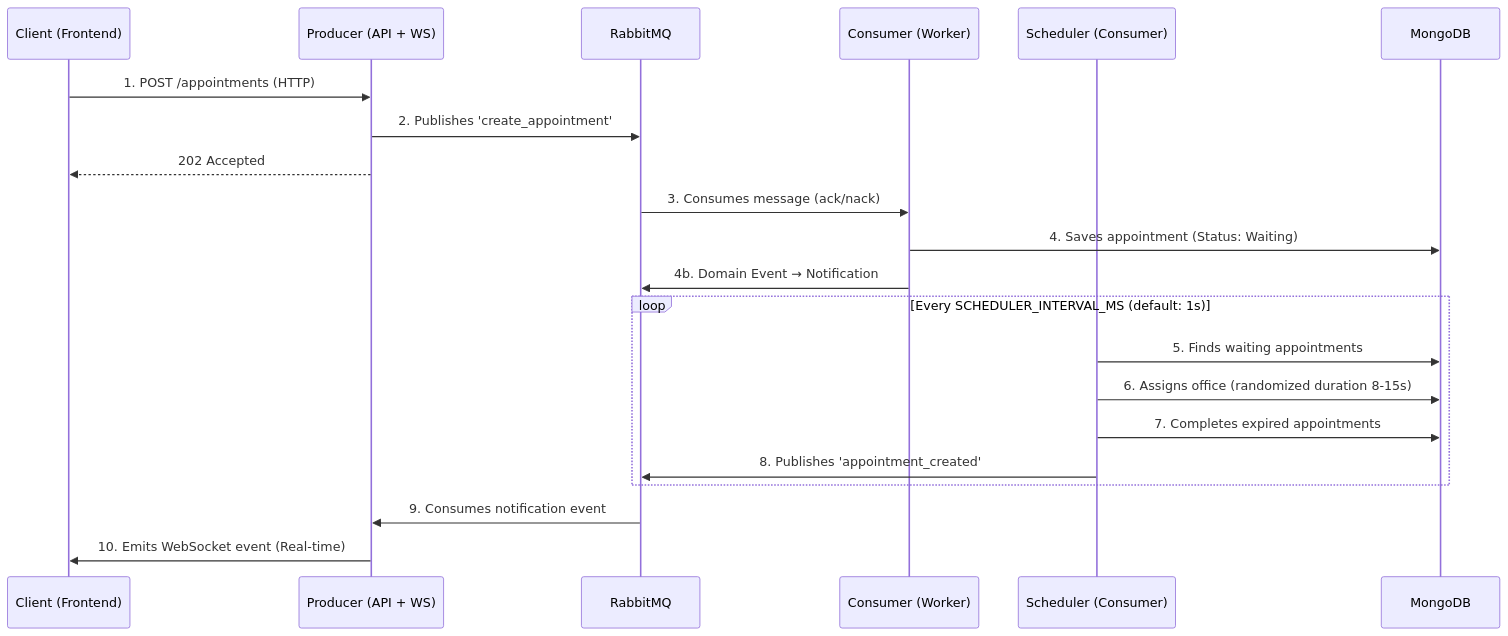
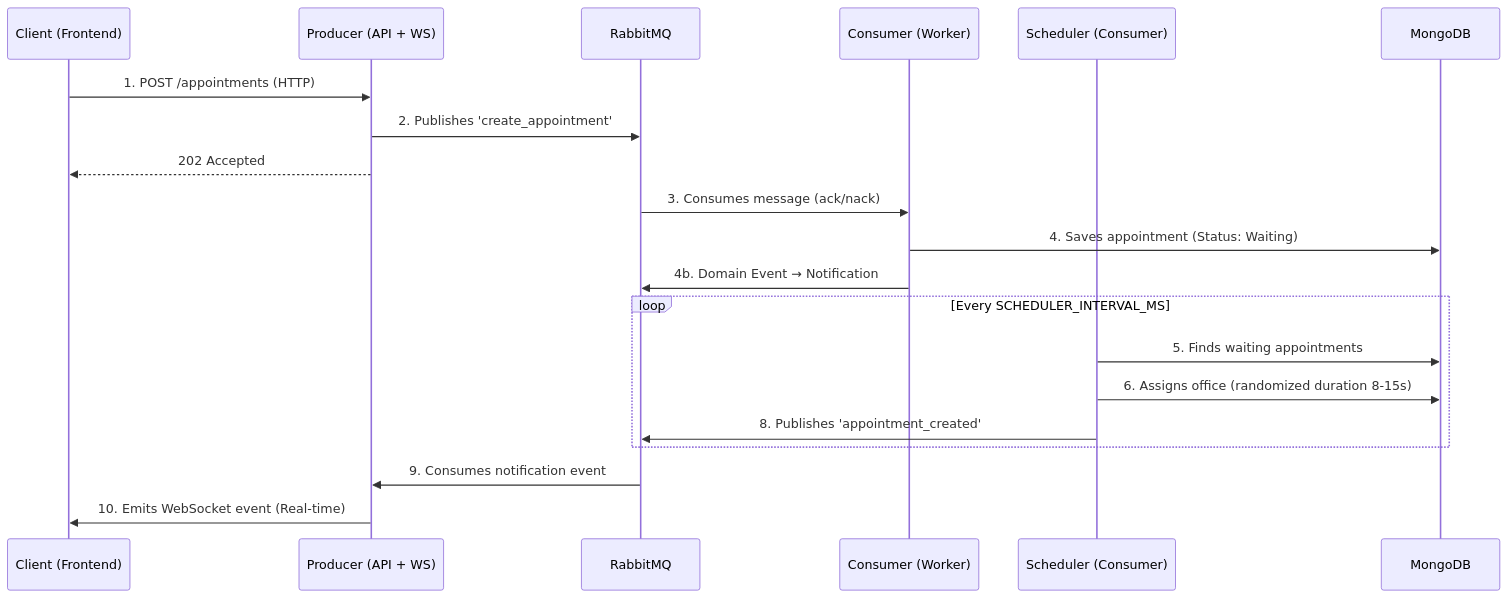
Before and after one commit to jhorman10/IA_P1_Fork: the diagram in README.md, drawn with Mermaid. The commit also changed other lines of this file, not shown here.

````diff
--- a/README.md
+++ b/README.md
@@ -9,26 +10,25 @@
 ```mermaid
 sequenceDiagram
     participant C as Client (Frontend)
     participant P as Producer (API + WS)
     participant Q as RabbitMQ
     participant W as Consumer (Worker)
     participant S as Scheduler (Consumer)
     participant D as MongoDB
 
     C->>P: 1. POST /appointments (HTTP)
     P->>Q: 2. Publishes 'create_appointment'
     P-->>C: 202 Accepted
     Q->>W: 3. Consumes message (ack/nack)
     W->>D: 4. Saves appointment (Status: Waiting)
     W->>Q: 4b. Domain Event → Notification
     
-    loop Every SCHEDULER_INTERVAL_MS (default: 1s)
+    loop Every SCHEDULER_INTERVAL_MS
         S->>D: 5. Finds waiting appointments
         S->>D: 6. Assigns office (randomized duration 8-15s)
-        S->>D: 7. Completes expired appointments
         S->>Q: 8. Publishes 'appointment_created'
     end
 
     Q->>P: 9. Consumes notification event
     P->>C: 10. Emits WebSocket event (Real-time)
 ```
````
